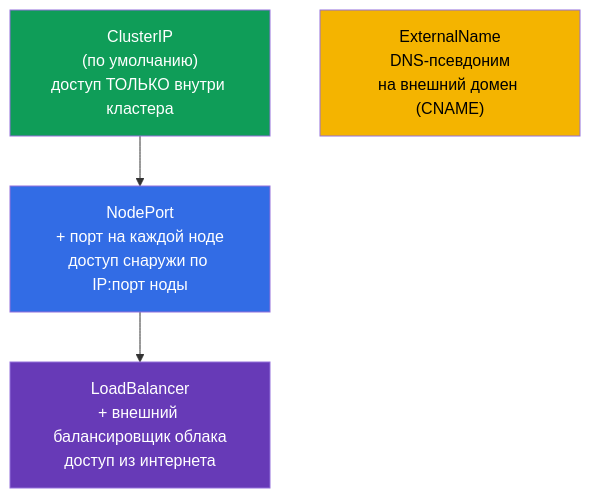
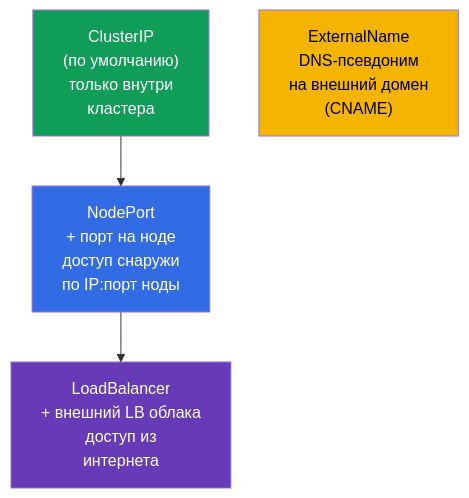
The third of 11 diagrams in tasks/cka/course/07/ru.md (ViktorUJ/cks), drawn with Mermaid before and after one commit. The commit also changed other lines of this file and 15 other files, not shown here.

````diff
--- a/tasks/cka/course/07/ru.md
+++ b/tasks/cka/course/07/ru.md
@@ -69,12 +69,12 @@
 ```mermaid
 flowchart TB
-    ci["ClusterIP<br>(по умолчанию)<br>доступ ТОЛЬКО внутри кластера"]
-    np["NodePort<br>+ порт на каждой ноде<br>доступ снаружи по IP:порт ноды"]
-    lb["LoadBalancer<br>+ внешний балансировщик облака<br>доступ из интернета"]
-    en["ExternalName<br>DNS-псевдоним<br>на внешний домен (CNAME)"]
+    ci["ClusterIP<br>(по умолчанию)<br>только внутри<br>кластера"]
+    np["NodePort<br>+ порт на ноде<br>доступ снаружи<br>по IP:порт ноды"]
+    lb["LoadBalancer<br>+ внешний LB облака<br>доступ из<br>интернета"]
+    en["ExternalName<br>DNS-псевдоним<br>на внешний домен<br>(CNAME)"]
     ci --> np --> lb
     style ci fill:#0f9d58,color:#fff
     style np fill:#326ce5,color:#fff
     style lb fill:#673ab7,color:#fff
     style en fill:#f4b400,color:#000
 ```
````
